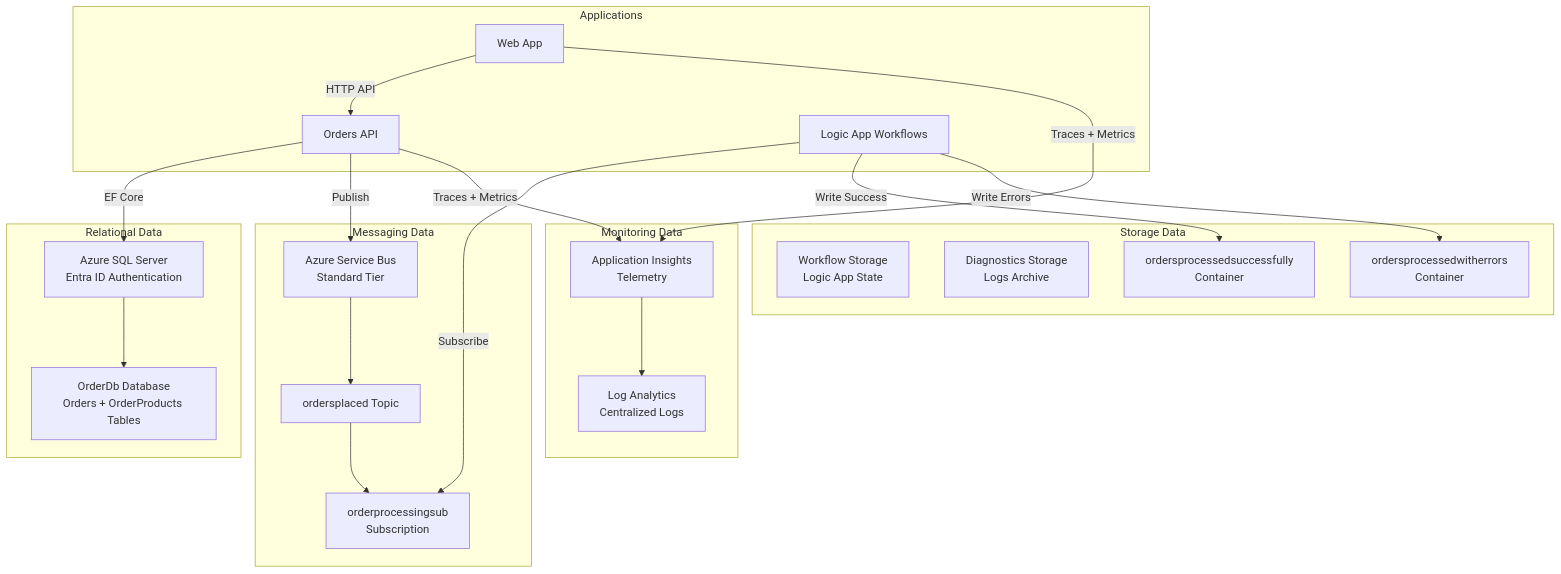
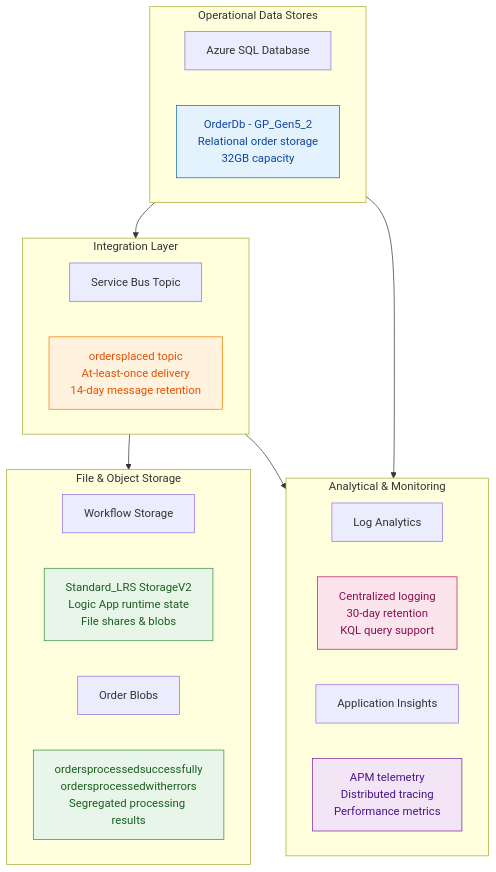
Before and after one commit to Evilazaro/Azure-LogicApps-Monitoring: the fifth of 11 diagrams in docs/SolutionArchitecture.md, drawn with Mermaid. The commit also changed other lines of this file, not shown here.

Commit message:
Implement feature X to enhance user experience and optimize performance

````diff
--- a/docs/SolutionArchitecture.md
+++ b/docs/SolutionArchitecture.md
@@ -289,46 +343,44 @@
 ```mermaid
-flowchart TD
-    subgraph Applications["Applications"]
-        WebApp["Web App"]
-        OrdersAPI["Orders API"]
-        LogicApp["Logic App Workflows"]
+flowchart TB
+    subgraph Operational["Operational Data Stores"]
+        direction LR
+        SQLDb["Azure SQL Database"]
+        SQLDb_Desc["OrderDb - GP_Gen5_2<br/>Relational order storage<br/>32GB capacity"]
     end
     
-    subgraph RelationalData["Relational Data"]
-        SQLServer["Azure SQL Server<br/>Entra ID Authentication"]
-        OrderDB["OrderDb Database<br/>Orders + OrderProducts Tables"]
+    subgraph Integration["Integration Layer"]
+        direction LR
+        ServiceBusTopic["Service Bus Topic"]
+        ServiceBusTopic_Desc["ordersplaced topic<br/>At-least-once delivery<br/>14-day message retention"]
     end
     
-    subgraph MessagingData["Messaging Data"]
-        ServiceBus["Azure Service Bus<br/>Standard Tier"]
-        OrdersTopic["ordersplaced Topic"]
-        OrdersSub["orderprocessingsub<br/>Subscription"]
+    subgraph Storage["File & Object Storage"]
+        direction LR
+        WorkflowStorage["Workflow Storage"]
+        WorkflowStorage_Desc["Standard_LRS StorageV2<br/>Logic App runtime state<br/>File shares & blobs"]
+        ProcessedBlobs["Order Blobs"]
+        ProcessedBlobs_Desc["ordersprocessedsuccessfully<br/>ordersprocessedwitherrors<br/>Segregated processing results"]
     end
     
-    subgraph StorageData["Storage Data"]
-        WorkflowSA["Workflow Storage<br/>Logic App State"]
-        DiagSA["Diagnostics Storage<br/>Logs Archive"]
-        SuccessBlob["ordersprocessedsuccessfully<br/>Container"]
-        ErrorBlob["ordersprocessedwitherrors<br/>Container"]
+    subgraph Analytical["Analytical & Monitoring"]
+        direction LR
+        LogAnalytics["Log Analytics"]
+        LogAnalytics_Desc["Centralized logging<br/>30-day retention<br/>KQL query support"]
+        AppInsights["Application Insights"]
+        AppInsights_Desc["APM telemetry<br/>Distributed tracing<br/>Performance metrics"]
     end
     
-    subgraph MonitoringData["Monitoring Data"]
-        AppInsights["Application Insights<br/>Telemetry"]
-        LogAnalytics["Log Analytics<br/>Centralized Logs"]
-    end
+    %% Data flow connections
+    Operational --> Integration
+    Integration --> Storage
+    Operational --> Analytical
+    Integration --> Analytical
     
-    WebApp -->|"HTTP API"| OrdersAPI
-    OrdersAPI -->|"EF Core"| SQLServer
-    SQLServer --> OrderDB
-    OrdersAPI -->|"Publish"| ServiceBus
-    ServiceBus --> OrdersTopic
-    OrdersTopic --> OrdersSub
-    
-    LogicApp -->|"Subscribe"| OrdersSub
-    LogicApp -->|"Write Success"| SuccessBlob
-    LogicApp -->|"Write Errors"| ErrorBlob
-    
-    OrdersAPI -->|"Traces + Metrics"| AppInsights
-    WebApp -->|"Traces + Metrics"| AppInsights
-    AppInsights --> LogAnalytics
+    %% Styling per store type
+    style SQLDb_Desc fill:#e3f2fd,stroke:#1565c0,color:#0d47a1
+    style ServiceBusTopic_Desc fill:#fff3e0,stroke:#f57c00,color:#e65100
+    style WorkflowStorage_Desc fill:#e8f5e9,stroke:#388e3c,color:#1b5e20
+    style ProcessedBlobs_Desc fill:#e8f5e9,stroke:#388e3c,color:#1b5e20
+    style LogAnalytics_Desc fill:#fce4ec,stroke:#c2185b,color:#880e4f
+    style AppInsights_Desc fill:#f3e5f5,stroke:#7b1fa2,color:#4a148c
 ```
````
